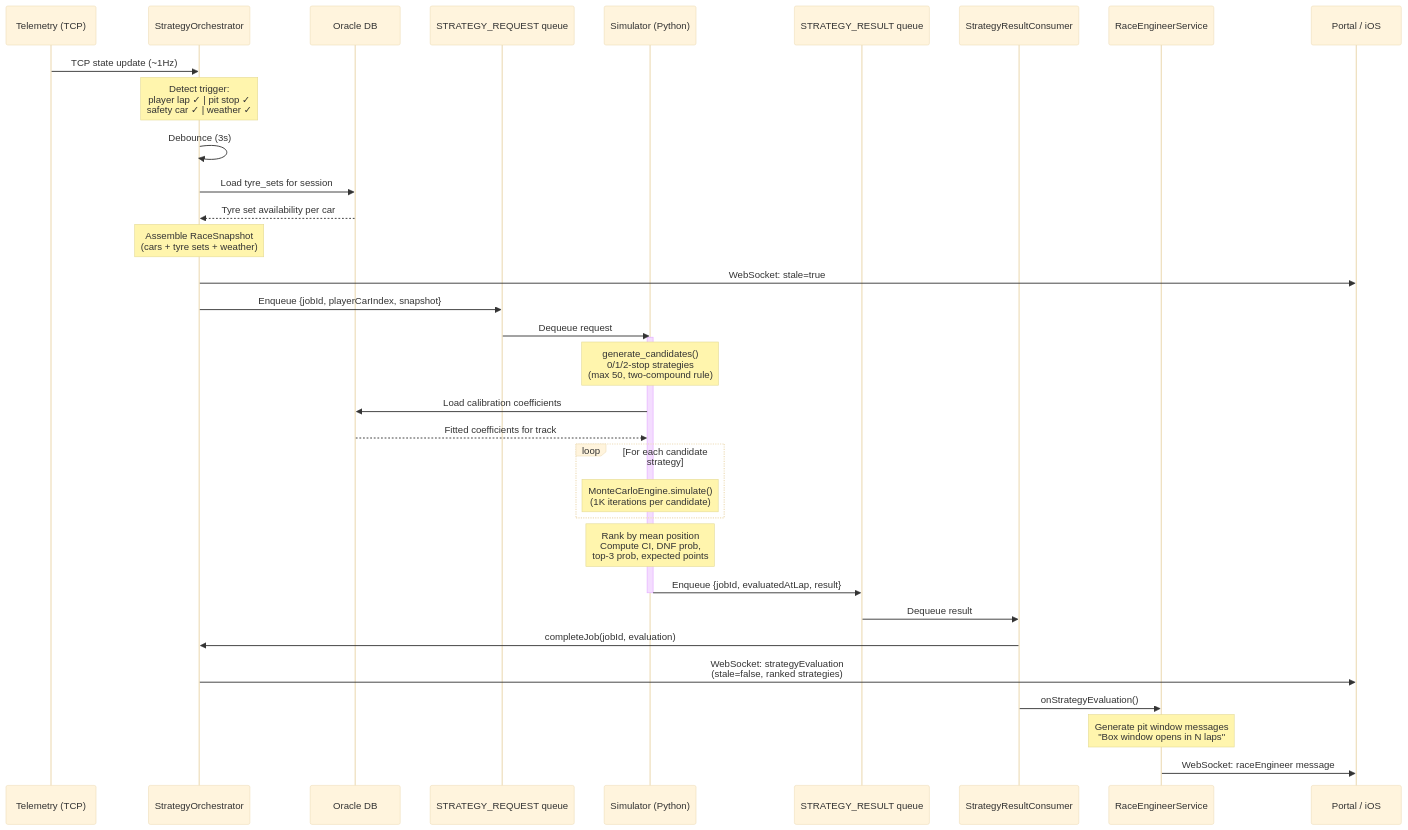
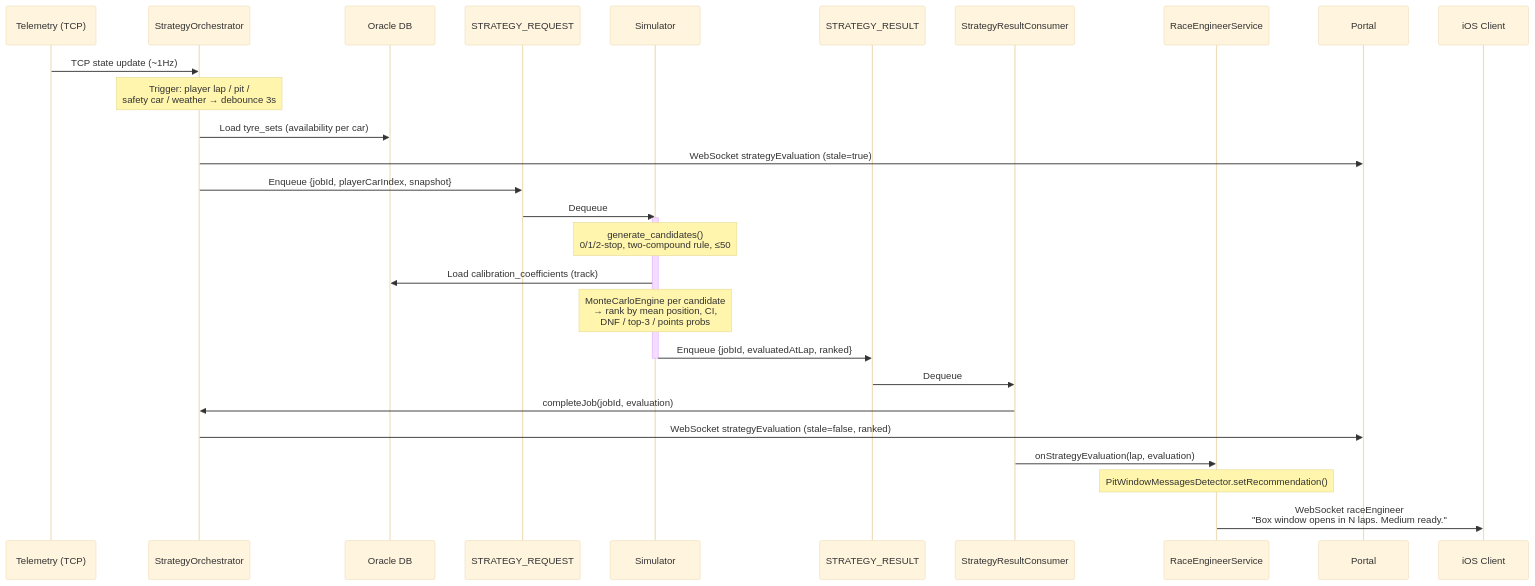
The seventh of 10 diagrams in design/06-INTEGRATION.md (vmleon/f12025-race-strategy-simulation), drawn with Mermaid (base theme) before and after one commit. The commit also changed other lines of this file and 2 other files, not shown here.

Commit message:
docs: consolidate integration doc around end-to-end data flows

````diff
--- a/design/06-INTEGRATION.md
+++ b/design/06-INTEGRATION.md
@@ -205,40 +259,34 @@
 ```mermaid
 sequenceDiagram
-    participant Telemetry as Telemetry (TCP)
+    participant Tele as Telemetry (TCP)
     participant Orch as StrategyOrchestrator
     participant DB as Oracle DB
-    participant Q1 as STRATEGY_REQUEST queue
-    participant Sim as Simulator (Python)
-    participant Q2 as STRATEGY_RESULT queue
-    participant Consumer as StrategyResultConsumer
+    participant Q1 as STRATEGY_REQUEST
+    participant Sim as Simulator
+    participant Q2 as STRATEGY_RESULT
+    participant Cons as StrategyResultConsumer
     participant Eng as RaceEngineerService
-    participant Portal as Portal / iOS
+    participant Portal as Portal
+    participant iOS as iOS Client
 
-    Telemetry->>Orch: TCP state update (~1Hz)
-    Note over Orch: Detect trigger:<br/>player lap ✓ | pit stop ✓<br/>safety car ✓ | weather ✓
-    Orch->>Orch: Debounce (3s)
-    Orch->>DB: Load tyre_sets for session
-    DB-->>Orch: Tyre set availability per car
-    Note over Orch: Assemble RaceSnapshot<br/>(cars + tyre sets + weather)
-    Orch->>Portal: WebSocket: stale=true
+    Tele->>Orch: TCP state update (~1Hz)
+    Note over Orch: Trigger: player lap / pit /<br/>safety car / weather → debounce 3s
+    Orch->>DB: Load tyre_sets (availability per car)
+    Orch->>Portal: WebSocket strategyEvaluation (stale=true)
     Orch->>Q1: Enqueue {jobId, playerCarIndex, snapshot}
 
-    Q1->>Sim: Dequeue request
+    Q1->>Sim: Dequeue
     activate Sim
-    Note over Sim: generate_candidates()<br/>0/1/2-stop strategies<br/>(max 50, two-compound rule)
-    Sim->>DB: Load calibration coefficients
-    DB-->>Sim: Fitted coefficients for track
-    loop For each candidate strategy
-        Note over Sim: MonteCarloEngine.simulate()<br/>(1K iterations per candidate)
-    end
-    Note over Sim: Rank by mean position<br/>Compute CI, DNF prob,<br/>top-3 prob, expected points
-    Sim->>Q2: Enqueue {jobId, evaluatedAtLap, result}
+    Note over Sim: generate_candidates()<br/>0/1/2-stop, two-compound rule, ≤50
+    Sim->>DB: Load calibration_coefficients (track)
+    Note over Sim: MonteCarloEngine per candidate<br/>→ rank by mean position, CI,<br/>DNF / top-3 / points probs
+    Sim->>Q2: Enqueue {jobId, evaluatedAtLap, ranked}
     deactivate Sim
 
-    Q2->>Consumer: Dequeue result
-    Consumer->>Orch: completeJob(jobId, evaluation)
-    Orch->>Portal: WebSocket: strategyEvaluation<br/>(stale=false, ranked strategies)
-    Consumer->>Eng: onStrategyEvaluation()
-    Note over Eng: Generate pit window messages<br/>"Box window opens in N laps"
-    Eng->>Portal: WebSocket: raceEngineer message
+    Q2->>Cons: Dequeue
+    Cons->>Orch: completeJob(jobId, evaluation)
+    Orch->>Portal: WebSocket strategyEvaluation (stale=false, ranked)
+    Cons->>Eng: onStrategyEvaluation(lap, evaluation)
+    Note over Eng: PitWindowMessagesDetector.setRecommendation()
+    Eng->>iOS: WebSocket raceEngineer<br/>"Box window opens in N laps. Medium ready."
 ```
````
